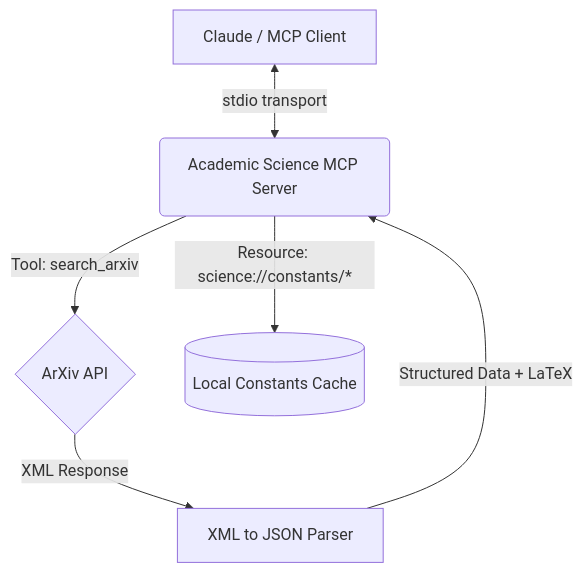
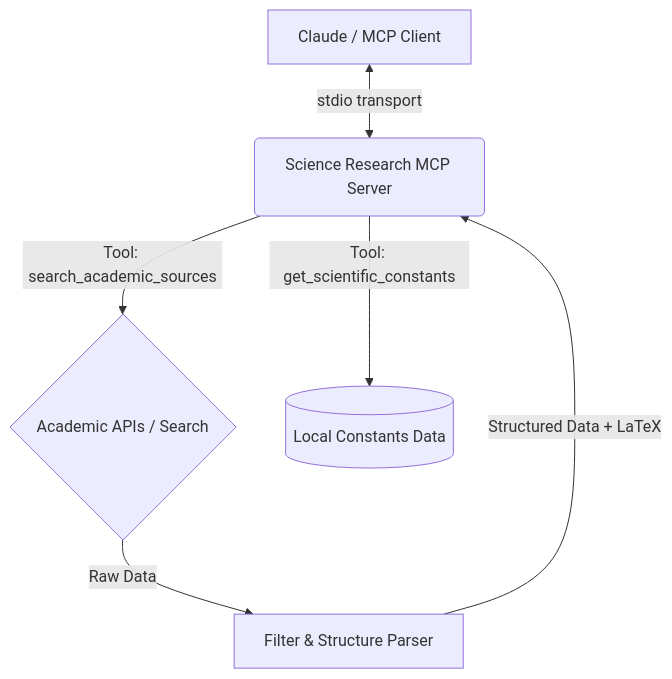
Before and after one commit to Lucifersdevil/google-search-mcp-server: the diagram in mcp-server/README.md, drawn with Mermaid. The commit also changed other lines of this file and 5 other files, not shown here.

First line of the commit message:
refactor: Rename project to Science Research MCP

````diff
--- a/mcp-server/README.md
+++ b/mcp-server/README.md
@@ -16,8 +33,8 @@
 ```mermaid
 graph TD
-    A[Claude / MCP Client] <-->|stdio transport| B(Academic Science MCP Server)
-    B -->|Tool: search_arxiv| C{ArXiv API}
-    B -->|Resource: science://constants/*| D[(Local Constants Cache)]
-    C -->|XML Response| E[XML to JSON Parser]
+    A[Claude / MCP Client] <-->|stdio transport| B(Science Research MCP Server)
+    B -->|Tool: search_academic_sources| C{Academic APIs / Search}
+    B -->|Tool: get_scientific_constants| D[(Local Constants Data)]
+    C -->|Raw Data| E[Filter & Structure Parser]
     E -->|Structured Data + LaTeX| B
 ```
````
